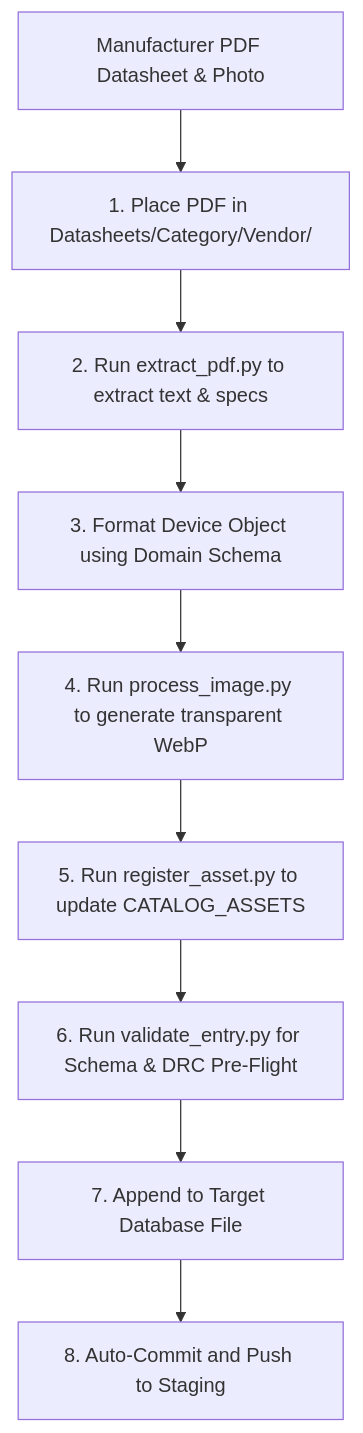
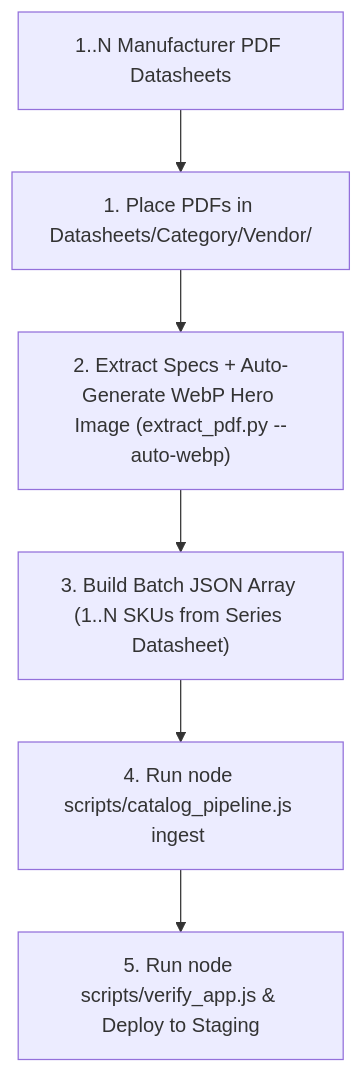
Before and after one commit to nperkins-oss/oss-design-tool: the diagram in .agents/skills/catalog-datasheet-ingestion/SKILL.md, drawn with Mermaid. The commit also changed other lines of this file and 12 other files, not shown here.

Commit message:
feat(catalog): add batch datasheet ingestion pipeline and sync 403 CATALOG_ASSETS mappings (v0.11.0-beta.10)

````diff
--- a/.agents/skills/catalog-datasheet-ingestion/SKILL.md
+++ b/.agents/skills/catalog-datasheet-ingestion/SKILL.md
@@ -34,11 +38,8 @@
 ```mermaid
 flowchart TD
-    A["Manufacturer PDF Datasheet & Photo"] --> B["1. Place PDF in Datasheets/Category/Vendor/"]
-    B --> C["2. Run extract_pdf.py to extract text & specs"]
-    C --> D["3. Format Device Object using Domain Schema"]
-    D --> E["4. Run process_image.py to generate transparent WebP"]
-    E --> F["5. Run register_asset.py to update CATALOG_ASSETS"]
-    F --> G["6. Run validate_entry.py for Schema & DRC Pre-Flight"]
-    G --> H["7. Append to Target Database File"]
-    H --> I["8. Auto-Commit and Push to Staging"]
+    A["1..N Manufacturer PDF Datasheets"] --> B["1. Place PDFs in Datasheets/Category/Vendor/"]
+    B --> C["2. Extract Specs + Auto-Generate WebP Hero Image (extract_pdf.py --auto-webp)"]
+    C --> D["3. Build Batch JSON Array (1..N SKUs from Series Datasheet)"]
+    D --> E["4. Run node scripts/catalog_pipeline.js ingest <batch.json>"]
+    E --> F["5. Run node scripts/verify_app.js & Deploy to Staging"]
 ```
````
